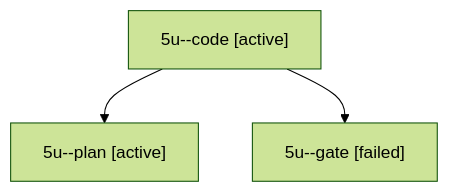
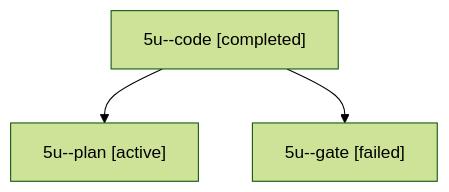
Before and after one commit to bobs-org/bob-cli--agents: the diagram in sessions/bbugyi200.apollo.5u.md, drawn with Mermaid (forest theme). The commit also changed other lines of this file and 21 other files, not shown here.

````diff
--- a/sessions/bbugyi200.apollo.5u.md
+++ b/sessions/bbugyi200.apollo.5u.md
@@ -9,8 +9,8 @@
 ```mermaid
 flowchart TD
-  n0["5u--code [active]"]
+  n0["5u--code [completed]"]
   n1["5u--plan [active]"]
   n0 --> n1
   n2["5u--gate [failed]"]
   n0 --> n2
 ```
````
